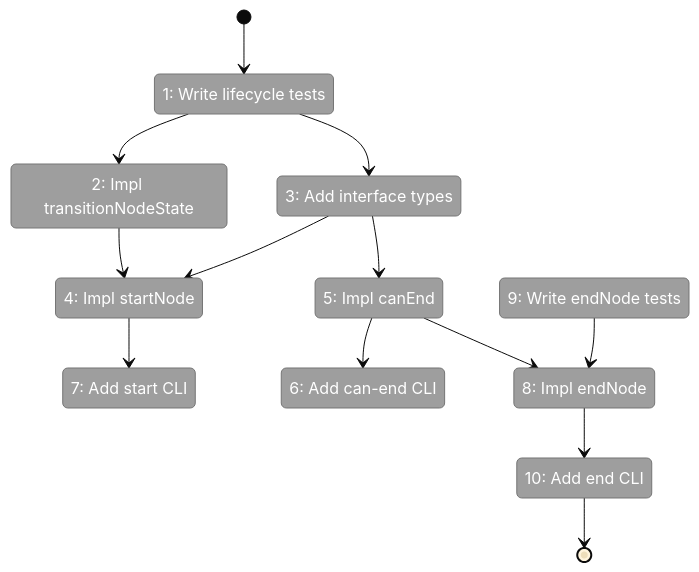
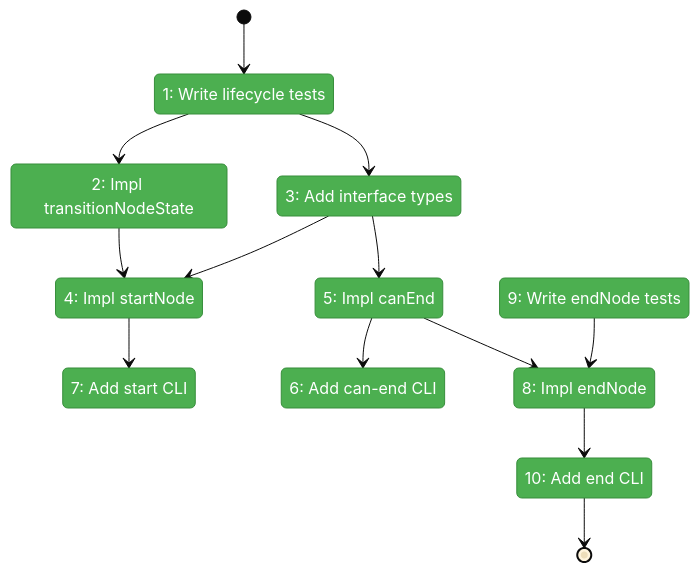
Before and after one commit to AI-Substrate/chainglass: the first of 2 diagrams in docs/plans/028-pos-agentic-cli/tasks/phase-3-node-lifecycle/tasks.fltplan.md, drawn with Mermaid (base theme). The commit also changed other lines of this file and 10 other files, not shown here.

First line of the commit message:
feat(positional-graph): Phase 3 node lifecycle - start, can-end, end commands

````diff
--- a/docs/plans/028-pos-agentic-cli/tasks/phase-3-node-lifecycle/tasks.fltplan.md
+++ b/docs/plans/028-pos-agentic-cli/tasks/phase-3-node-lifecycle/tasks.fltplan.md
@@ -22,33 +22,33 @@
 ```mermaid
 stateDiagram-v2
     classDef pending fill:#9E9E9E,stroke:#757575,color:#fff
     classDef active fill:#FFC107,stroke:#FFA000,color:#000
     classDef done fill:#4CAF50,stroke:#388E3C,color:#fff
     classDef blocked fill:#F44336,stroke:#D32F2F,color:#fff
 
     state "1: Write lifecycle tests" as S1
     state "2: Impl transitionNodeState" as S2
     state "3: Add interface types" as S3
     state "4: Impl startNode" as S4
     state "5: Impl canEnd" as S5
     state "6: Add can-end CLI" as S6
     state "7: Add start CLI" as S7
     state "8: Impl endNode" as S8
     state "9: Write endNode tests" as S9
     state "10: Add end CLI" as S10
 
     [*] --> S1
     S1 --> S2
     S1 --> S3
     S2 --> S4
     S3 --> S4
     S3 --> S5
     S4 --> S7
     S5 --> S6
     S5 --> S8
     S9 --> S8
     S8 --> S10
     S10 --> [*]
 
-    class S1,S2,S3,S4,S5,S6,S7,S8,S9,S10 pending
+    class S1,S2,S3,S4,S5,S6,S7,S8,S9,S10 done
 ```
````
